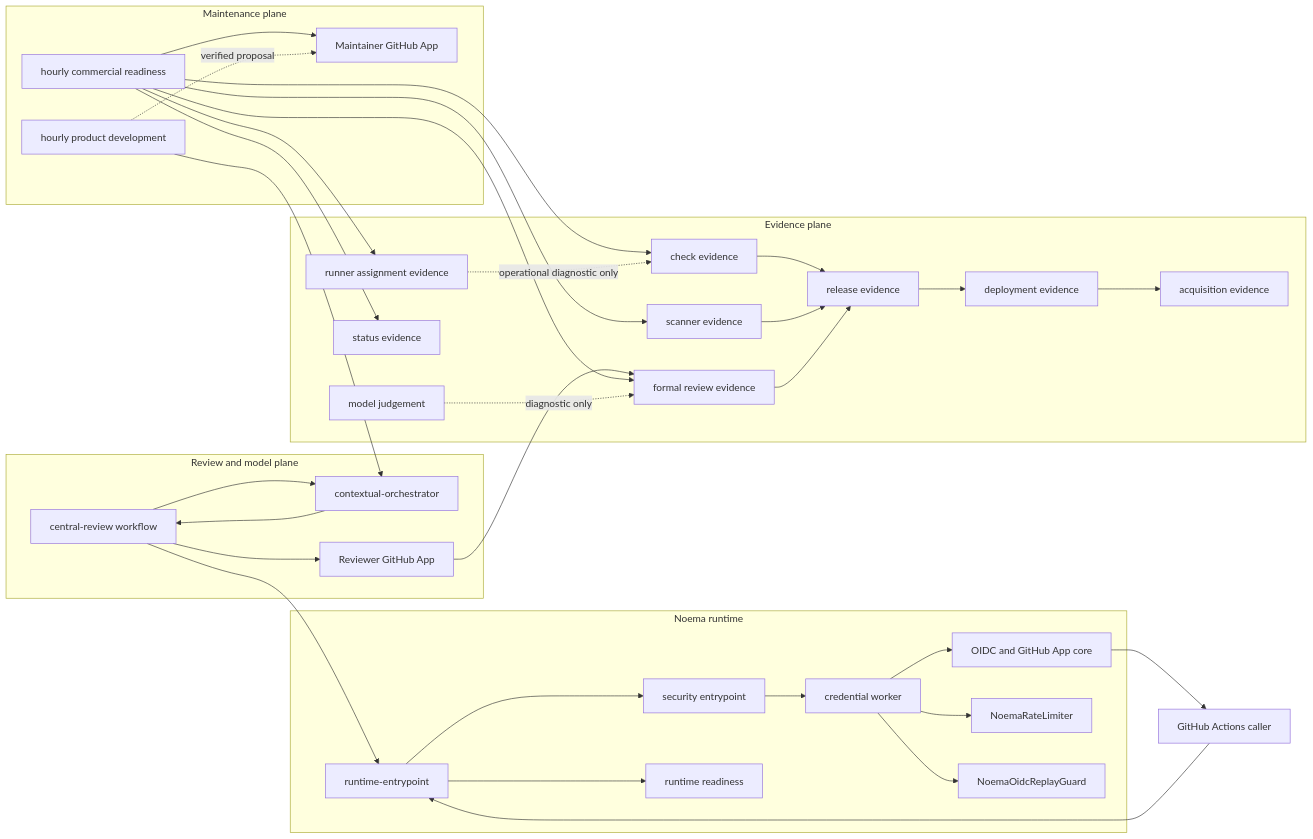
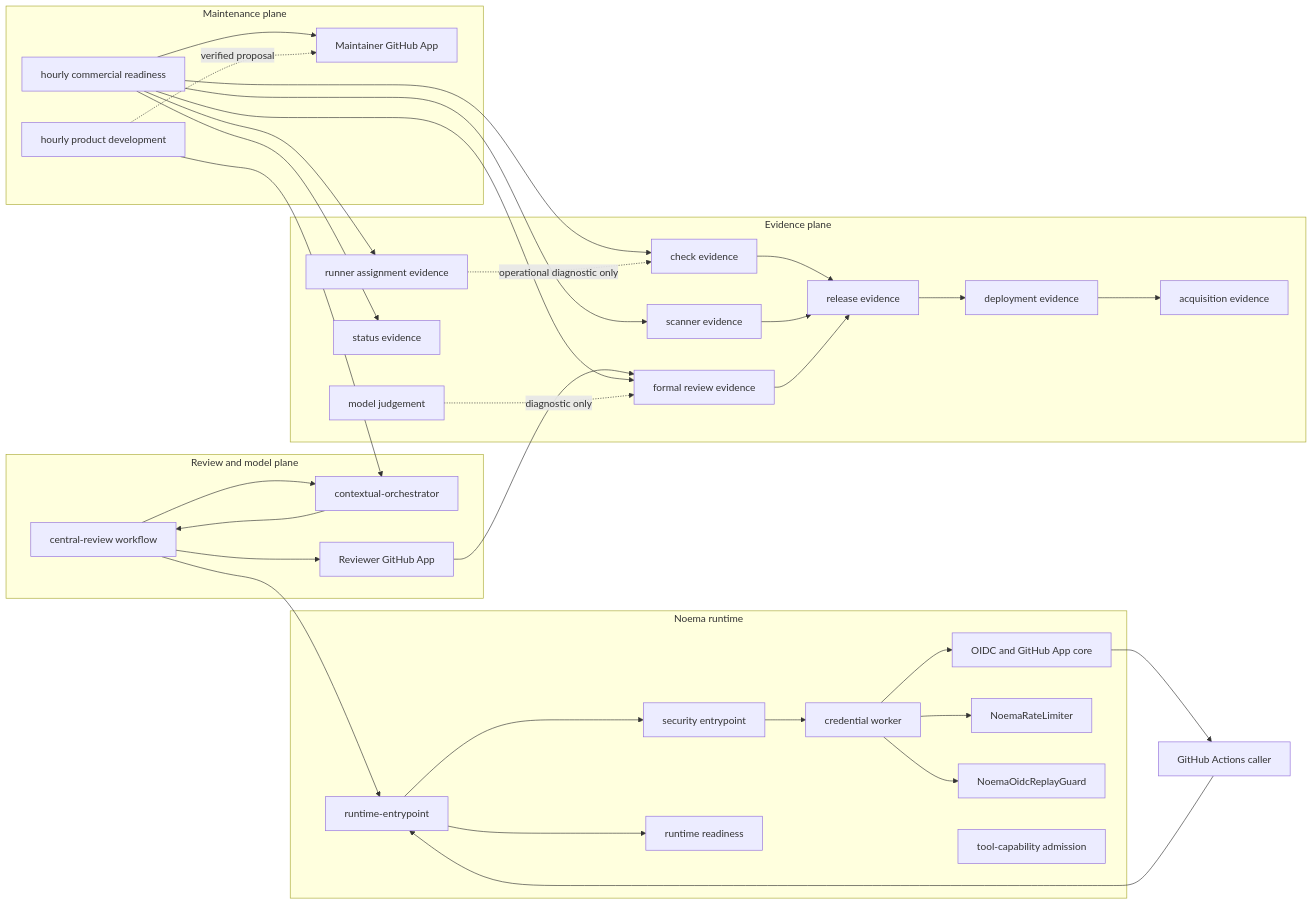
One commit to ContextualWisdomLab/noema changed the first of 9 diagrams in docs/UML.md. Above: the diagram before and after it, drawn with Mermaid. The commit also changed 13 other files, not shown here.

First line of the commit message:
feat(tool-capability): admit external Claude plugins fail-closed

````diff
--- a/docs/UML.md
+++ b/docs/UML.md
@@ -7,64 +7,65 @@
 ```mermaid
 flowchart LR
   subgraph Runtime[Noema runtime]
     RE[runtime-entrypoint]
     EE[security entrypoint]
     WK[credential worker]
     CORE[OIDC and GitHub App core]
     READY[runtime readiness]
     RATE[NoemaRateLimiter]
     REPLAY[NoemaOidcReplayGuard]
+    TOOL[tool-capability admission]
   end
 
   subgraph ReviewPlane[Review and model plane]
     CENTRAL[central-review workflow]
     ORCH[contextual-orchestrator]
     REVIEWER[Reviewer GitHub App]
   end
 
   subgraph MaintenancePlane[Maintenance plane]
     COMM[hourly commercial readiness]
     DEV[hourly product development]
     MAINT[Maintainer GitHub App]
   end
 
   subgraph EvidencePlane[Evidence plane]
     CHECKS[check evidence]
     RUNNER[runner assignment evidence]
     STATUS[status evidence]
     REVIEWS[formal review evidence]
     SCANS[scanner evidence]
     MODEL[model judgement]
     RELEASE[release evidence]
     DEPLOY[deployment evidence]
     ACQ[acquisition evidence]
   end
 
   CALLER[GitHub Actions caller] --> RE
   RE --> READY
   RE --> EE --> WK --> CORE
   WK --> RATE
   WK --> REPLAY
   CORE --> CALLER
 
   CENTRAL --> RE
   CENTRAL --> ORCH --> CENTRAL
   CENTRAL --> REVIEWER
   REVIEWER --> REVIEWS
 
   COMM --> CHECKS
   COMM --> RUNNER
   COMM --> STATUS
   COMM --> REVIEWS
   COMM --> SCANS
   COMM --> MAINT
   DEV --> ORCH
   DEV -. verified proposal .-> MAINT
 
   RUNNER -. operational diagnostic only .-> CHECKS
   CHECKS --> RELEASE
   SCANS --> RELEASE
   REVIEWS --> RELEASE
   RELEASE --> DEPLOY --> ACQ
   MODEL -. diagnostic only .-> REVIEWS
 ```
````
